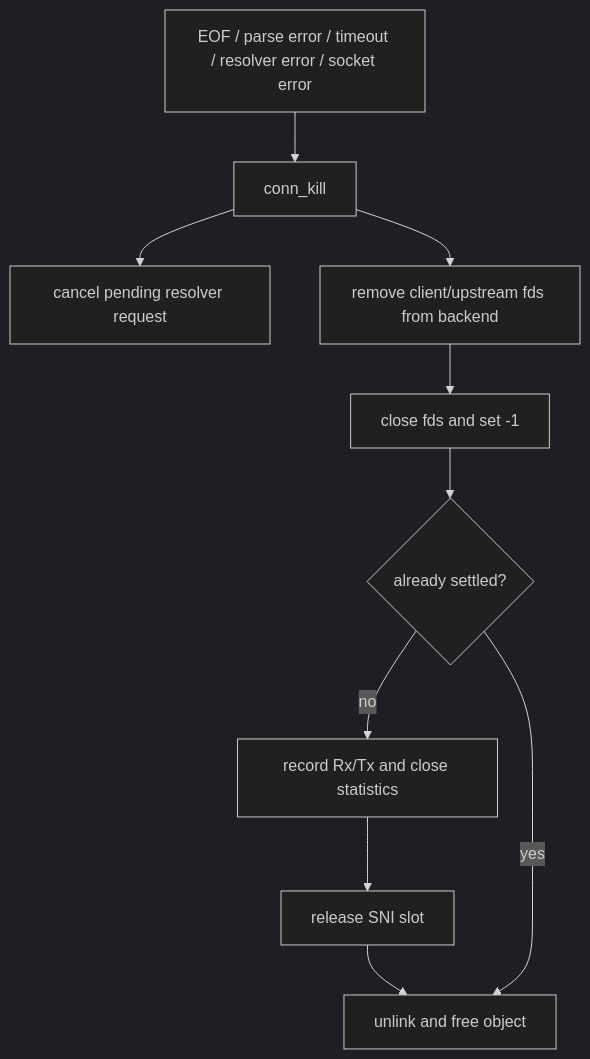
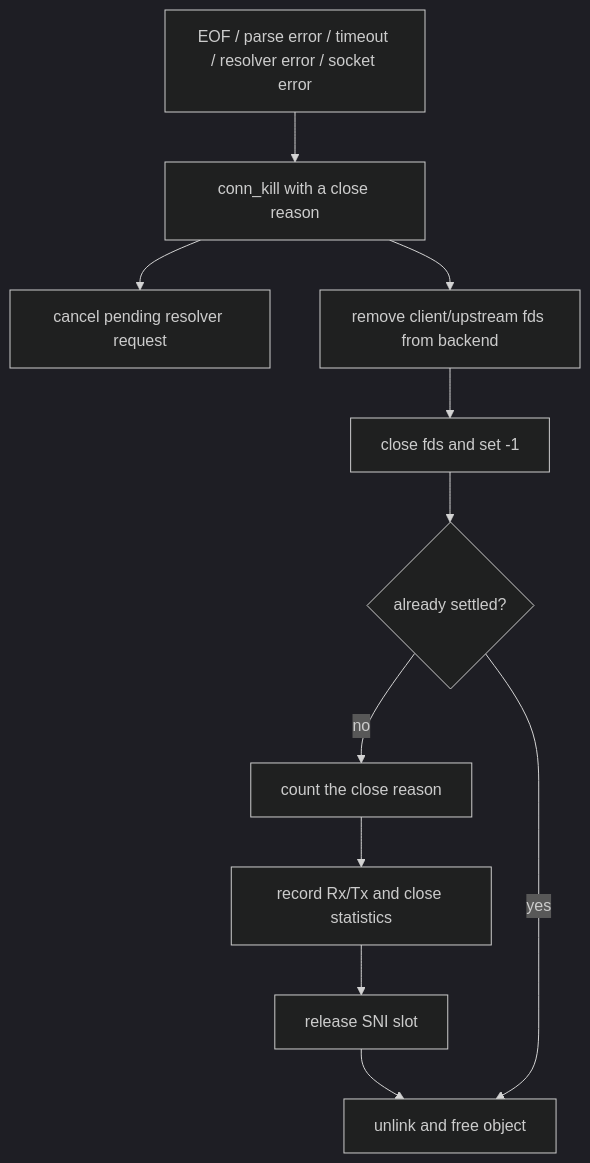
One commit to 0x7a657573/zroxy changed diagram 11 of 11 in ARCHITECTURE.md. Above: the diagram before and after it, drawn with Mermaid (dark theme). The commit also changed other lines of this file and 8 other files, not shown here.

````diff
--- a/ARCHITECTURE.md
+++ b/ARCHITECTURE.md
@@ -937,13 +937,14 @@
 ```mermaid
 flowchart TD
     Cause[EOF / parse error / timeout / resolver error / socket error]
-    Cause --> Kill[conn_kill]
+    Cause --> Kill[conn_kill with a close reason]
     Kill --> Cancel[cancel pending resolver request]
     Kill --> Unwatch[remove client/upstream fds from backend]
     Unwatch --> Close[close fds and set -1]
     Close --> Once{already settled?}
-    Once -- no --> Stats[record Rx/Tx and close statistics]
+    Once -- no --> Reason[count the close reason]
+    Reason --> Stats[record Rx/Tx and close statistics]
     Stats --> Slot[release SNI slot]
     Slot --> Reap[unlink and free object]
     Once -- yes --> Reap
 ```
````
